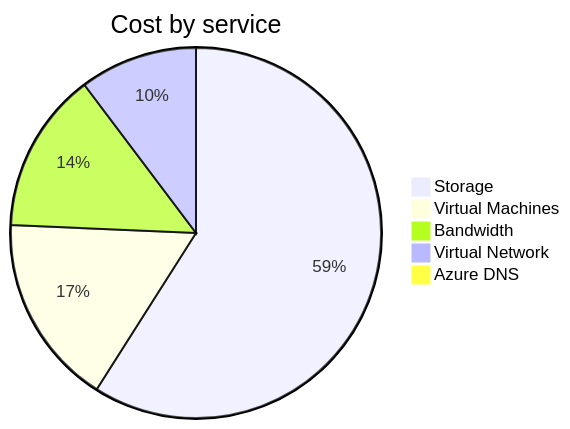
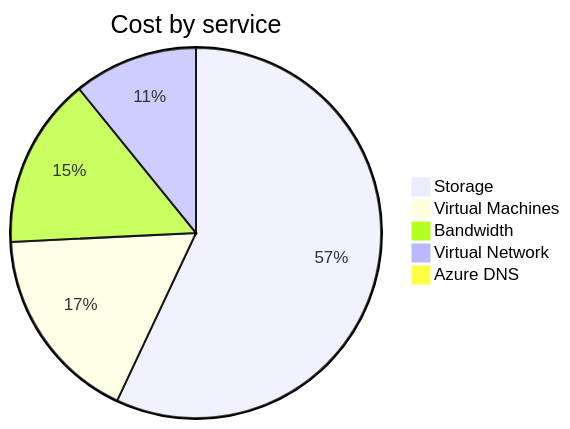
The second of 4 diagrams in cost-reports/personal-network/README.md (jpfulton/azure-personal-reports), drawn with Mermaid before and after one commit. The commit also changed other lines of this file and 8 other files, not shown here.

````diff
--- a/cost-reports/personal-network/README.md
+++ b/cost-reports/personal-network/README.md
@@ -99,9 +99,9 @@
 ```mermaid
 pie
    title Cost by service
-   "Storage" : 5.34
-   "Virtual Machines" : 1.51
-   "Bandwidth" : 1.27
-   "Virtual Network" : 0.93
-   "Azure DNS" : 0.06
+   "Storage" : 6.15
+   "Virtual Machines" : 1.86
+   "Bandwidth" : 1.61
+   "Virtual Network" : 1.17
+   "Azure DNS" : 0.08
 ```
````
